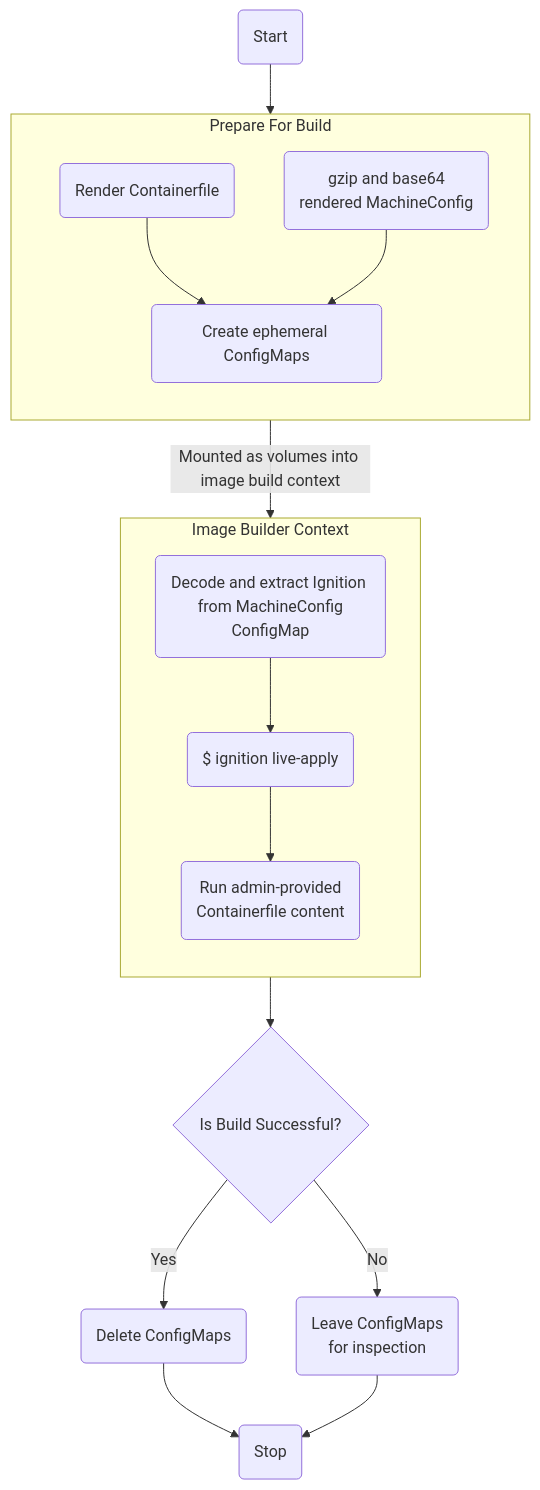
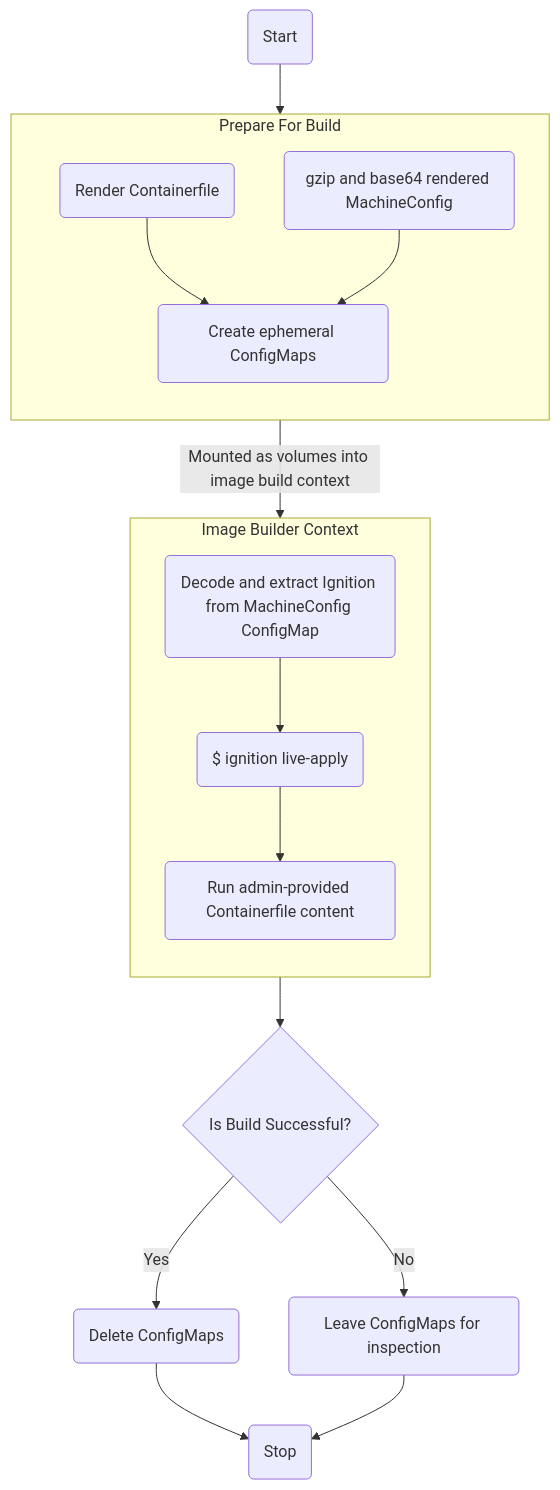
The fourth of 5 diagrams in enhancements/machine-config/on-cluster-layering.md (openshift/enhancements), drawn with Mermaid before and after one commit. The commit also changed other lines of this file, not shown here.

````diff
--- a/enhancements/machine-config/on-cluster-layering.md
+++ b/enhancements/machine-config/on-cluster-layering.md
@@ -577,34 +543,34 @@
 ```mermaid
 flowchart TB
   Start("Start")
   subgraph Prepare [Prepare For Build]
     direction TB
     RenderContainerfile("Render Containerfile")
-    PrepMachineConfig("gzip and base64 \n rendered MachineConfig")
+    PrepMachineConfig("gzip and base64 rendered MachineConfig")
     ConfigMaps("Create ephemeral ConfigMaps")
   
     RenderContainerfile --> ConfigMaps
     PrepMachineConfig --> ConfigMaps
   end
   
   subgraph ImageBuilder [Image Builder Context]
     direction TB
-    DecodeAndExtract("Decode and extract Ignition \n from MachineConfig ConfigMap")
+    DecodeAndExtract("Decode and extract Ignition from MachineConfig ConfigMap")
     IgnitionLiveApply("$ ignition live-apply")
-    RunAdminProvidedContent("Run admin-provided \n Containerfile content")
+    RunAdminProvidedContent("Run admin-provided Containerfile content")
   
     DecodeAndExtract-->IgnitionLiveApply-->RunAdminProvidedContent
   end
 
   Stop("Stop")
 
   Start --> Prepare
   ConfigMaps --> |Mounted as volumes into image build context| ImageBuilder
   IsSuccess{"Is Build Successful?"}
 
   ImageBuilder --> IsSuccess
   IsSuccess --> | Yes | DeleteConfigMaps("Delete ConfigMaps")
-  IsSuccess --> | No | LeaveConfigMaps("Leave ConfigMaps \n for inspection")
+  IsSuccess --> | No | LeaveConfigMaps("Leave ConfigMaps for inspection")
   DeleteConfigMaps --> Stop
   LeaveConfigMaps --> Stop
 ```
````
